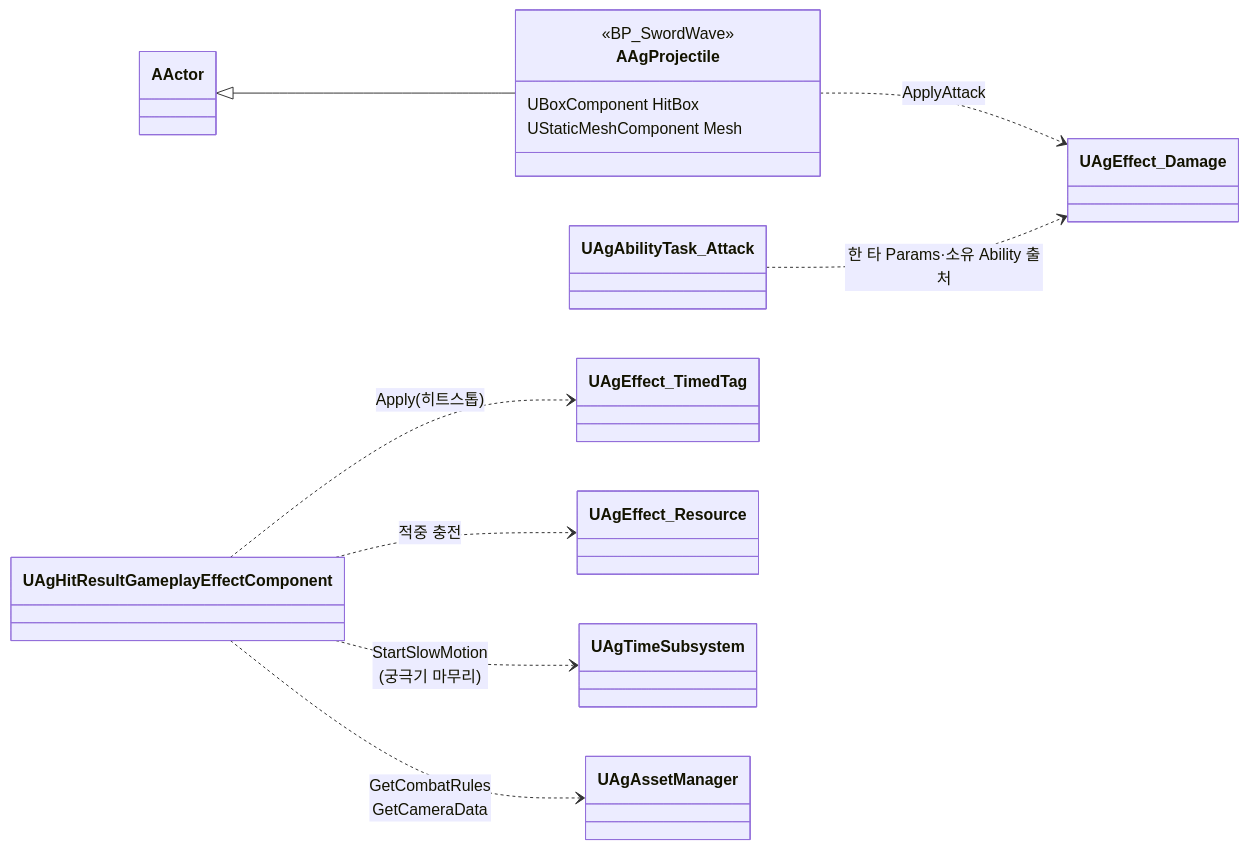
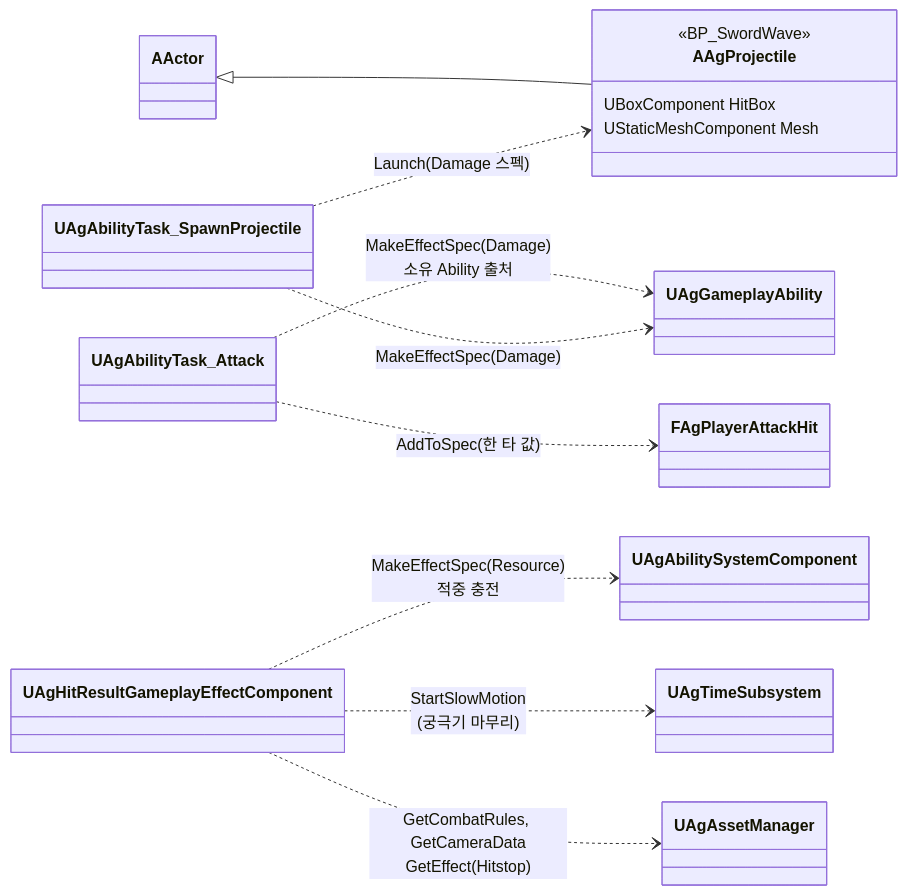
Before and after one commit to Woogl/Ag: the second of 3 diagrams in Docs/Program/대미지와 피격 처리.md, drawn with Mermaid. The commit also changed other lines of this file and 93 other files, not shown here.

````diff
--- a/Docs/Program/대미지와 피격 처리.md
+++ b/Docs/Program/대미지와 피격 처리.md
@@ -51,17 +51,18 @@
 ```mermaid
 classDiagram
     direction LR
     class AAgProjectile {
         <<BP_SwordWave>>
         UBoxComponent HitBox
         UStaticMeshComponent Mesh
     }
     AActor <|-- AAgProjectile
 
-    AAgProjectile ..> UAgEffect_Damage : ApplyAttack
-    UAgAbilityTask_Attack ..> UAgEffect_Damage : 한 타 Params·소유 Ability 출처
-    UAgHitResultGameplayEffectComponent ..> UAgEffect_TimedTag : Apply(히트스톱)
-    UAgHitResultGameplayEffectComponent ..> UAgEffect_Resource : 적중 충전
+    UAgAbilityTask_Attack ..> UAgGameplayAbility : MakeEffectSpec(Damage)<br>소유 Ability 출처
+    UAgAbilityTask_Attack ..> FAgPlayerAttackHit : AddToSpec(한 타 값)
+    UAgAbilityTask_SpawnProjectile ..> UAgGameplayAbility : MakeEffectSpec(Damage)
+    UAgAbilityTask_SpawnProjectile ..> AAgProjectile : Launch(Damage 스펙)
+    UAgHitResultGameplayEffectComponent ..> UAgAbilitySystemComponent : MakeEffectSpec(Resource)<br>적중 충전
     UAgHitResultGameplayEffectComponent ..> UAgTimeSubsystem : StartSlowMotion<br>(궁극기 마무리)
-    UAgHitResultGameplayEffectComponent ..> UAgAssetManager : GetCombatRules<br>GetCameraData
+    UAgHitResultGameplayEffectComponent ..> UAgAssetManager : GetCombatRules, GetCameraData<br>GetEffect(Hitstop)
 ```
````
